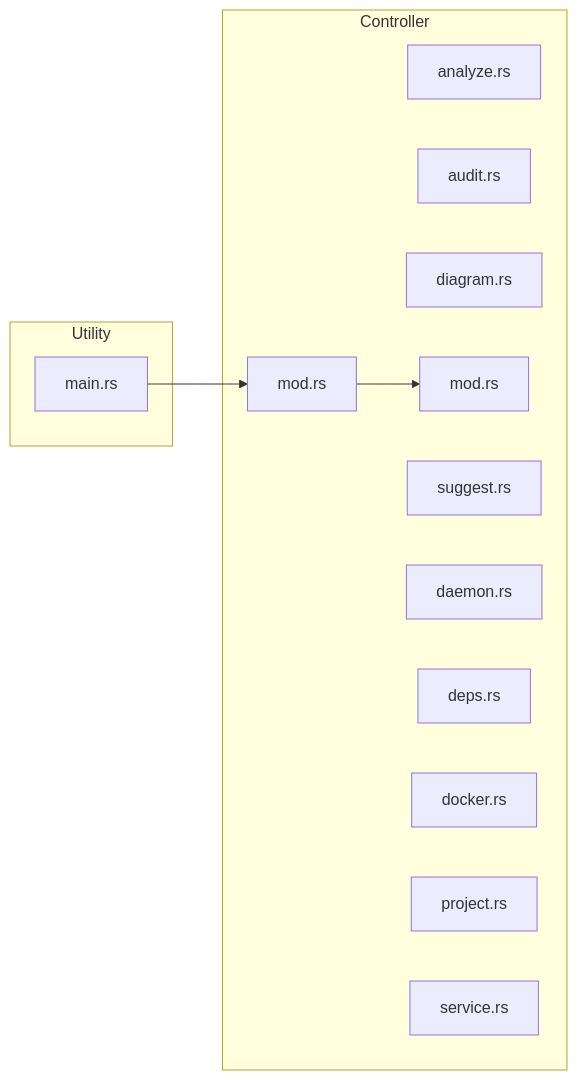
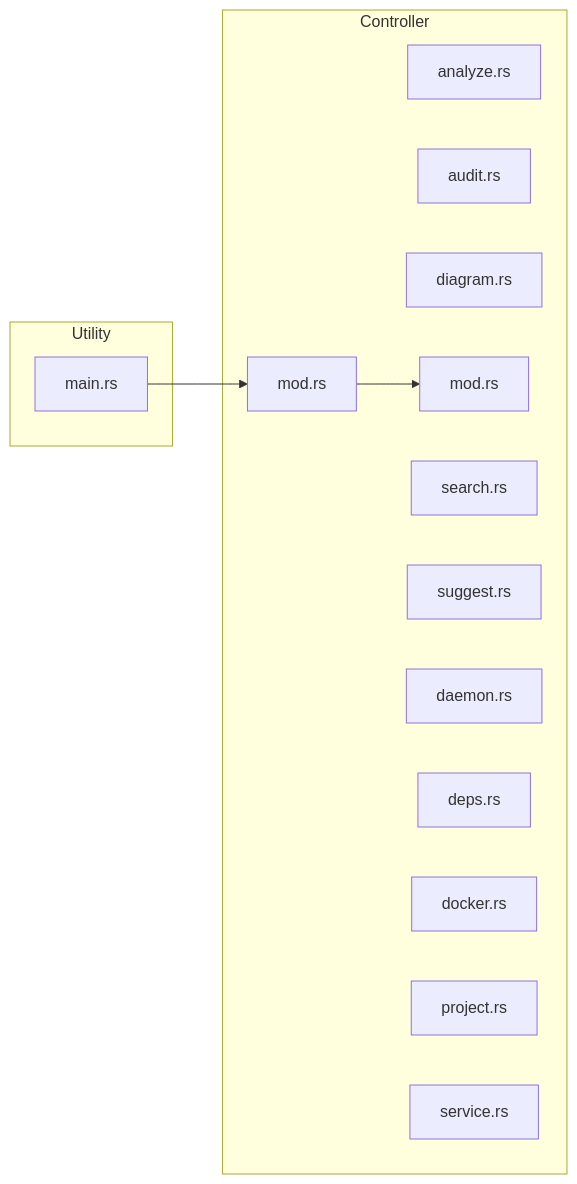
One commit to Mague/void-stack changed the second of 8 diagrams in void-stack-analysis.md. Above: the diagram before and after it, drawn with Mermaid. The commit also changed other lines of this file and 26 other files, not shown here.

````diff
--- a/void-stack-analysis.md
+++ b/void-stack-analysis.md
@@ -844,21 +873,22 @@
 ```mermaid
 graph LR
     subgraph controller ["Controller"]
         src_commands_analysis_analyze_rs["analyze.rs"]
         src_commands_analysis_audit_rs["audit.rs"]
         src_commands_analysis_diagram_rs["diagram.rs"]
         src_commands_analysis_mod_rs["mod.rs"]
+        src_commands_analysis_search_rs["search.rs"]
         src_commands_analysis_suggest_rs["suggest.rs"]
         src_commands_daemon_rs["daemon.rs"]
         src_commands_deps_rs["deps.rs"]
         src_commands_docker_rs["docker.rs"]
         src_commands_mod_rs["mod.rs"]
         src_commands_project_rs["project.rs"]
         src_commands_service_rs["service.rs"]
     end
     subgraph utility ["Utility"]
         src_main_rs["main.rs"]
     end
     src_commands_mod_rs --> src_commands_analysis_mod_rs
     src_main_rs --> src_commands_mod_rs
 ```
````
